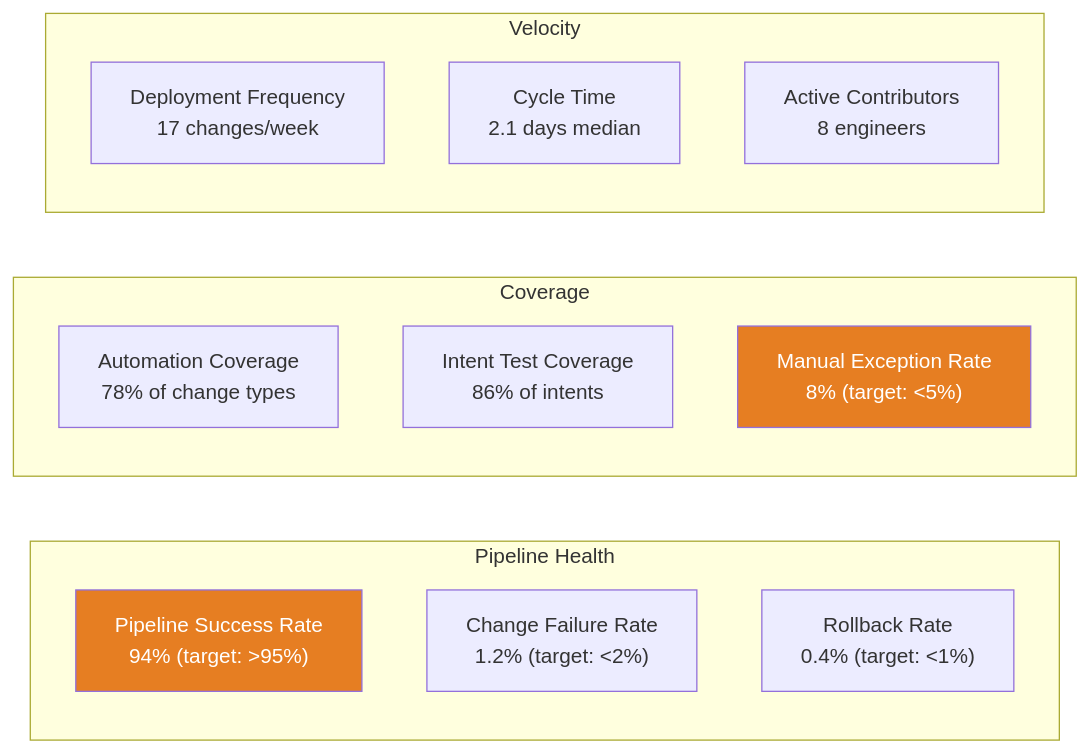
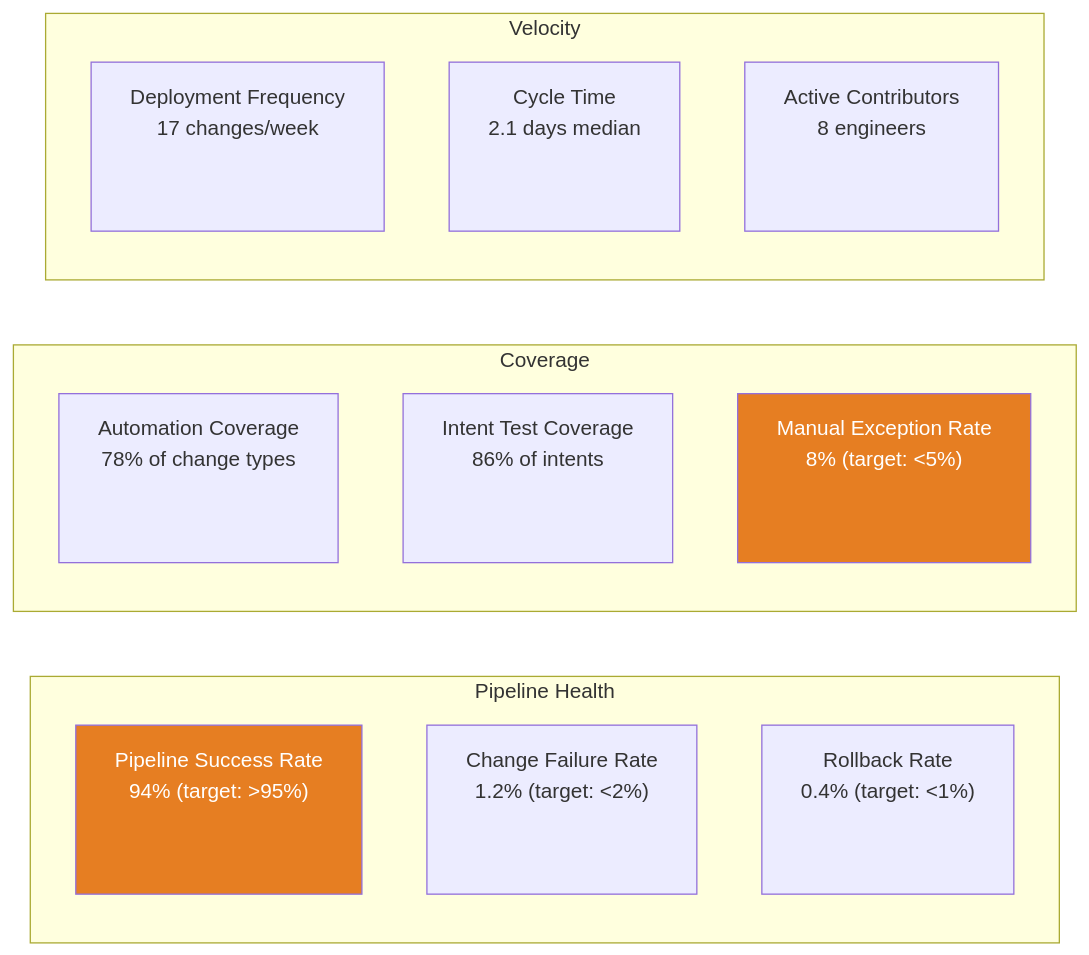
The diagram in 13-dashboards/chapter.md (ppklau/network_automation_handbook), drawn with Mermaid before and after one commit. The commit also changed 12 other files, not shown here.

Commit message:
Adjusted mermaid diagrams.

````diff
--- a/13-dashboards/chapter.md
+++ b/13-dashboards/chapter.md
@@ -119,23 +119,23 @@
 ```mermaid
 graph LR
     subgraph "Pipeline Health"
-        PSR["Pipeline Success Rate<br>94% (target: >95%)"]
-        CFR["Change Failure Rate<br>1.2% (target: <2%)"]
-        RBR["Rollback Rate<br>0.4% (target: <1%)"]
+        PSR["<div style='min-height:100px'>Pipeline Success Rate<br>94% (target: >95%)</div>"]
+        CFR["<div style='min-height:100px'>Change Failure Rate<br>1.2% (target: <2%)</div>"]
+        RBR["<div style='min-height:100px'>Rollback Rate<br>0.4% (target: <1%)</div>"]
     end
 
     subgraph "Coverage"
-        AC["Automation Coverage<br>78% of change types"]
-        ITC["Intent Test Coverage<br>86% of intents"]
-        MER["Manual Exception Rate<br>8% (target: <5%)"]
+        AC["<div style='min-height:100px'>Automation Coverage<br>78% of change types</div>"]
+        ITC["<div style='min-height:100px'>Intent Test Coverage<br>86% of intents</div>"]
+        MER["<div style='min-height:100px'>Manual Exception Rate<br>8% (target: <5%)</div>"]
     end
 
     subgraph "Velocity"
-        DF["Deployment Frequency<br>17 changes/week"]
-        CT["Cycle Time<br>2.1 days median"]
-        ACT["Active Contributors<br>8 engineers"]
+        DF["<div style='min-height:100px'>Deployment Frequency<br>17 changes/week</div>"]
+        CT["<div style='min-height:100px'>Cycle Time<br>2.1 days median</div>"]
+        ACT["<div style='min-height:100px'>Active Contributors<br>8 engineers</div>"]
     end
 
     style PSR fill:#e67e22,color:#fff
     style MER fill:#e67e22,color:#fff
 ```
````
